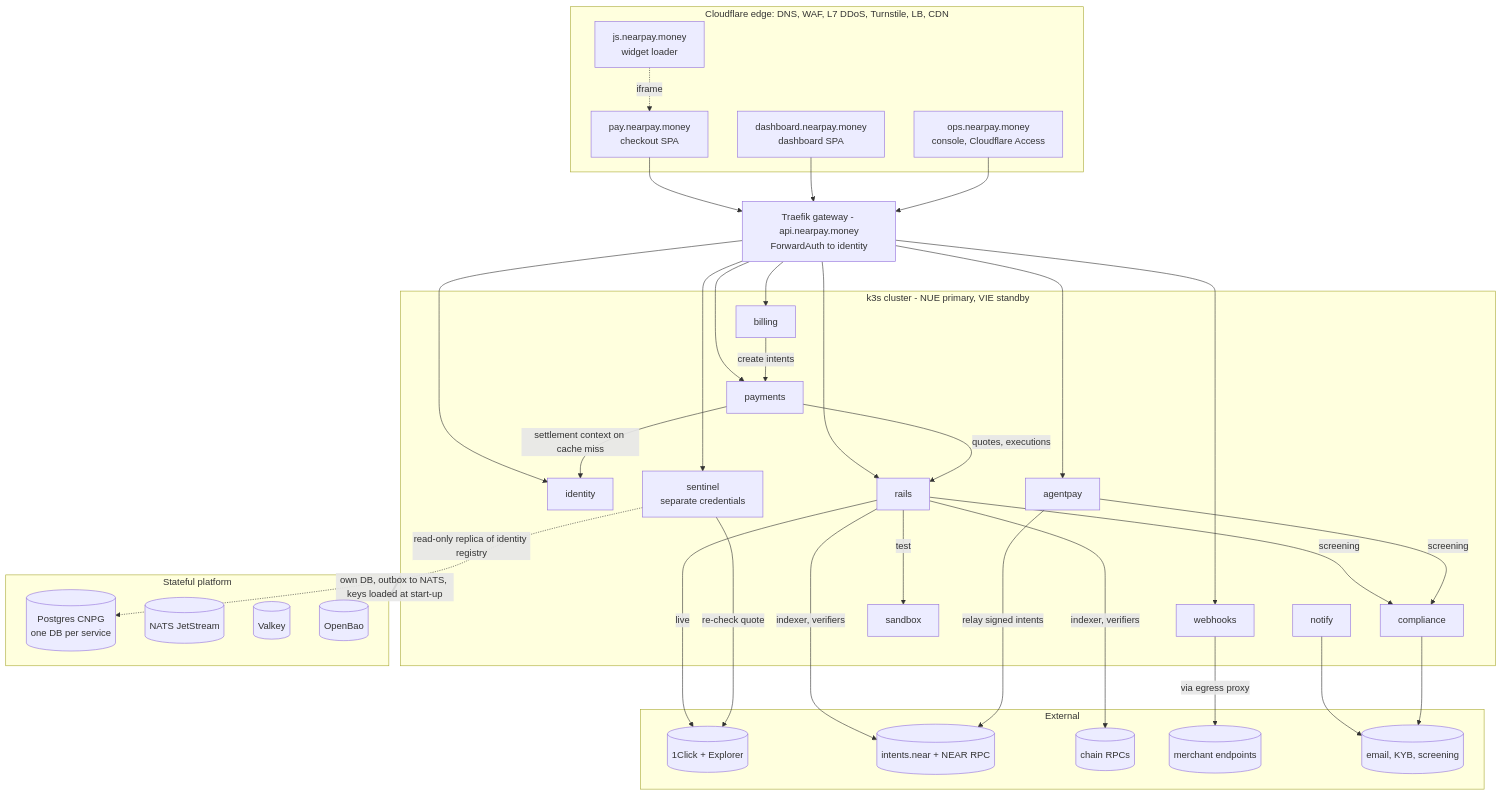
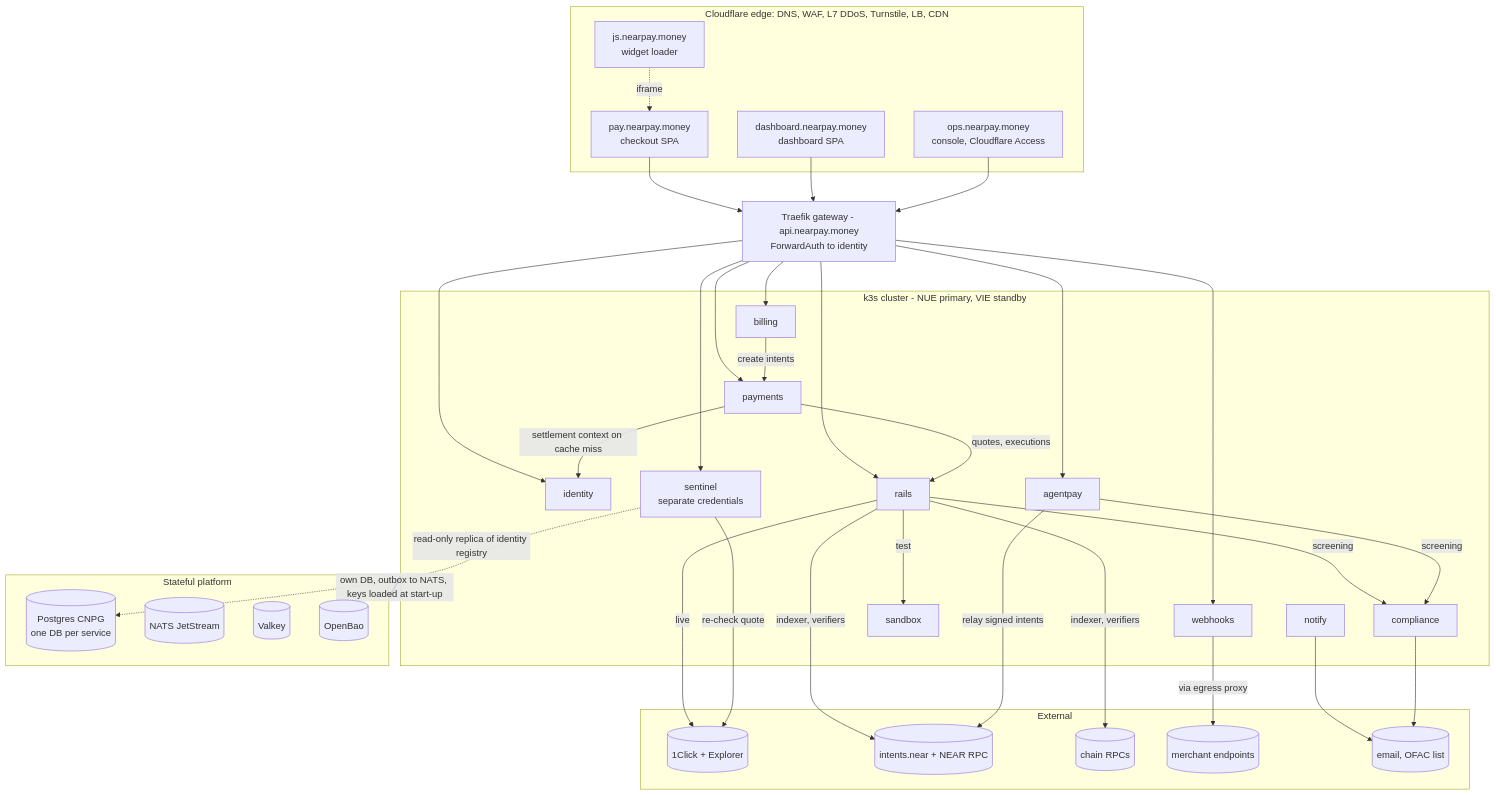
Before and after one commit to nearpay-money/nearpay-brain: the second of 3 diagrams in architecture/hld.md, drawn with Mermaid. The commit also changed other lines of this file and 15 other files, not shown here.

````diff
--- a/architecture/hld.md
+++ b/architecture/hld.md
@@ -99,53 +103,53 @@
 ```mermaid
 flowchart TB
   subgraph Edge["Cloudflare edge: DNS, WAF, L7 DDoS, Turnstile, LB, CDN"]
     CDN1[pay.nearpay.money<br/>checkout SPA]
     CDN2[js.nearpay.money<br/>widget loader]
     CDN3[dashboard.nearpay.money<br/>dashboard SPA]
     CON[ops.nearpay.money<br/>console, Cloudflare Access]
   end
   GW[Traefik gateway - api.nearpay.money<br/>ForwardAuth to identity]
   subgraph Services["k3s cluster - NUE primary, VIE standby"]
     ID[identity]
     PAY[payments]
     BIL[billing]
     RAI[rails]
     AGP[agentpay]
     CMP[compliance]
     WH[webhooks]
     NOT[notify]
     SBX[sandbox]
     SEN[sentinel<br/>separate credentials]
   end
   subgraph Data["Stateful platform"]
     PG[(Postgres CNPG<br/>one DB per service)]
     NATS[(NATS JetStream)]
     VK[(Valkey)]
     BAO[(OpenBao)]
   end
   subgraph Ext["External"]
     OC[(1Click + Explorer)]
     VRF[(intents.near + NEAR RPC)]
     CHR[(chain RPCs)]
     MSH[(merchant endpoints)]
-    EML[(email, KYB, screening)]
+    EML[(email, OFAC list)]
   end
 
   CDN2 -. iframe .-> CDN1
   CDN1 & CDN3 & CON --> GW
   GW --> ID & PAY & BIL & WH & AGP & RAI & SEN
   BIL -- create intents --> PAY
   PAY -- settlement context on cache miss --> ID
   PAY -- quotes, executions --> RAI
   RAI -- screening --> CMP
   AGP -- screening --> CMP
   RAI -- live --> OC
   RAI -- test --> SBX
   RAI -- indexer, verifiers --> VRF & CHR
   AGP -- relay signed intents --> VRF
   SEN -- re-check quote --> OC
   SEN -. read-only replica of identity registry .-> PG
   WH -- via egress proxy --> MSH
   NOT & CMP --> EML
   Services == own DB, outbox to NATS, keys loaded at start-up ==> Data
 ```
````
